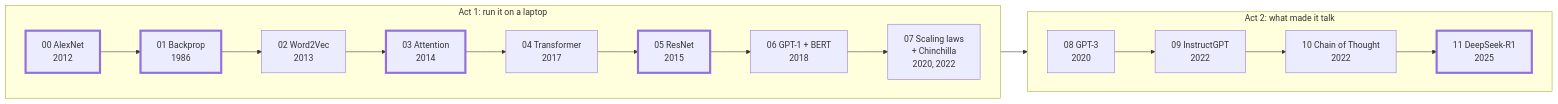
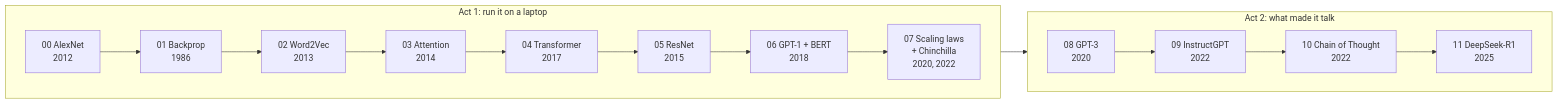
One commit to mlvpatel/papers-that-built-ai changed the first of 4 diagrams in README.md. Above: the diagram before and after it, drawn with Mermaid. The commit also changed other lines of this file, not shown here.

First line of the commit message:
docs: rework the README with paper details, C4 diagrams and math

````diff
--- a/README.md
+++ b/README.md
@@ -5,14 +21,12 @@
 ```mermaid
 flowchart LR
     subgraph act1 ["Act 1: run it on a laptop"]
         direction LR
         A00["00 AlexNet<br/>2012"] --> A01["01 Backprop<br/>1986"] --> A02["02 Word2Vec<br/>2013"] --> A03["03 Attention<br/>2014"] --> A04["04 Transformer<br/>2017"] --> A05["05 ResNet<br/>2015"] --> A06["06 GPT-1 + BERT<br/>2018"] --> A07["07 Scaling laws<br/>+ Chinchilla<br/>2020, 2022"]
     end
     subgraph act2 ["Act 2: what made it talk"]
         direction LR
         B08["08 GPT-3<br/>2020"] --> B09["09 InstructGPT<br/>2022"] --> B10["10 Chain of Thought<br/>2022"] --> B11["11 DeepSeek-R1<br/>2025"]
     end
     A07 --> B08
-    classDef gap stroke-width:4px
-    class A00,A01,A03,A05,B11 gap
 ```
````
